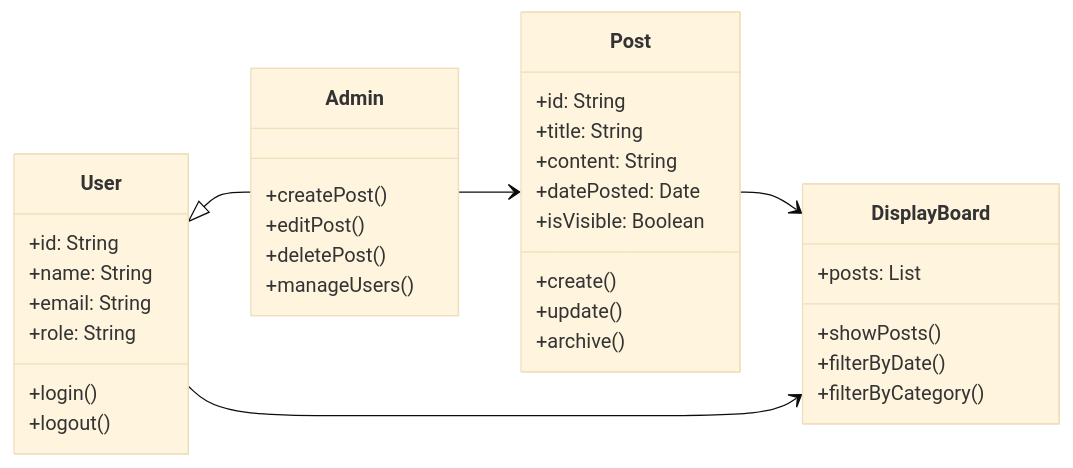
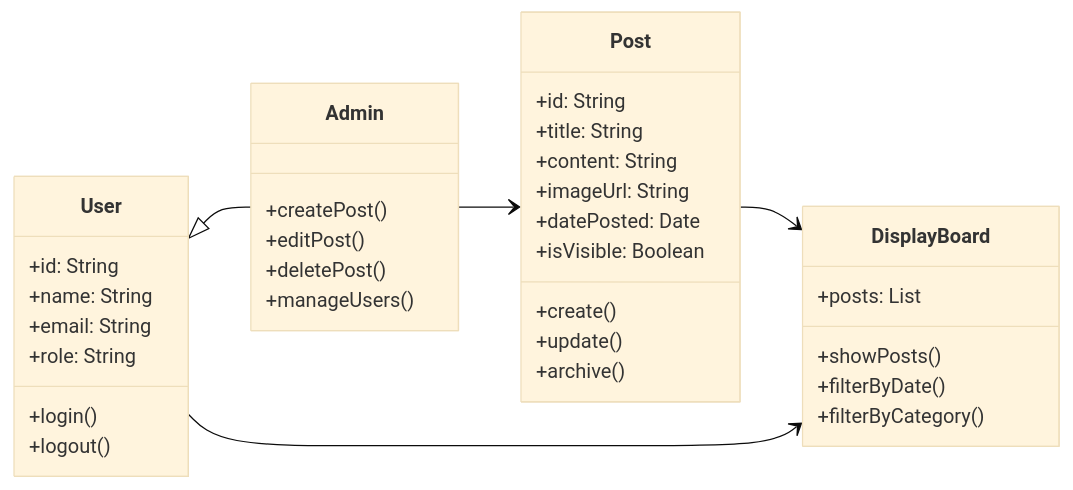
The diagram in planning/class diagram/class-diagram.mmd (AbderrafieElmrabet/red-thread-project), drawn with Mermaid (base theme) before and after one commit. The commit also changed 6 other files, not shown here.

```diff
--- a/planning/class diagram/class-diagram.mmd
+++ b/planning/class diagram/class-diagram.mmd
@@ -1,41 +1,42 @@
 classDiagram
 direction LR
 
 User <|-- Admin
 Admin --> Post
 Post --> DisplayBoard
 User --> DisplayBoard
 
 class User {
   +id: String
   +name: String
   +email: String
   +role: String
   +login()
   +logout()
 }
 
 class Admin {
   +createPost()
   +editPost()
   +deletePost()
   +manageUsers()
 }
 
 class Post {
   +id: String
   +title: String
   +content: String
+  +imageUrl: String
   +datePosted: Date
   +isVisible: Boolean
   +create()
   +update()
   +archive()
 }
 
 class DisplayBoard {
   +posts: List<Post>
   +showPosts()
   +filterByDate()
   +filterByCategory()
 }
```
